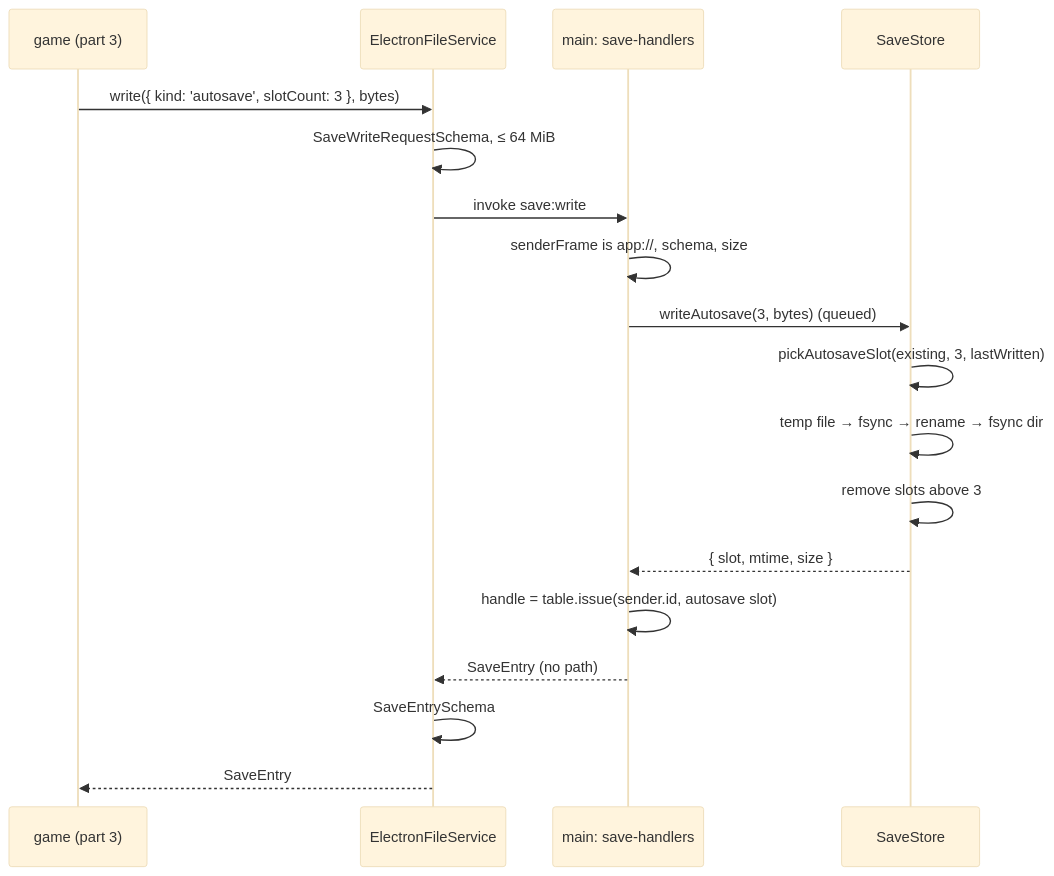
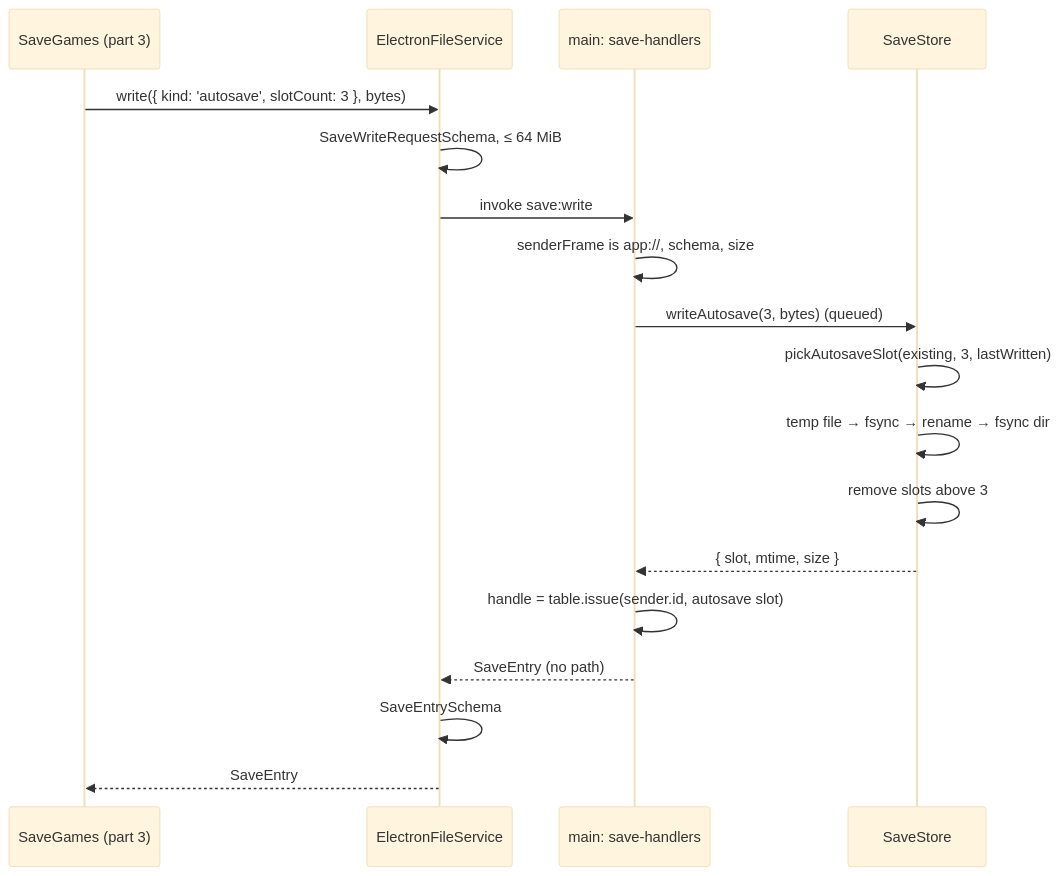
The eighth of 9 diagrams in docs/architecture/world-and-saves.md (joebarbere/controls), drawn with Mermaid (base theme) before and after one commit. The commit also changed other lines of this file and 56 other files, not shown here.

First line of the commit message:
feat(saves): F1.8b part 3, save and load through the session, autosave, Continue and Load (#24)

````diff
--- a/docs/architecture/world-and-saves.md
+++ b/docs/architecture/world-and-saves.md
@@ -253,20 +253,20 @@
 ```mermaid
 sequenceDiagram
-    participant G as game (part 3)
+    participant G as SaveGames (part 3)
     participant PE as ElectronFileService
     participant MAIN as main: save-handlers
     participant ST as SaveStore
     G->>PE: write({ kind: 'autosave', slotCount: 3 }, bytes)
     PE->>PE: SaveWriteRequestSchema, ≤ 64 MiB
     PE->>MAIN: invoke save:write
     MAIN->>MAIN: senderFrame is app://, schema, size
     MAIN->>ST: writeAutosave(3, bytes) (queued)
     ST->>ST: pickAutosaveSlot(existing, 3, lastWritten)
     ST->>ST: temp file → fsync → rename → fsync dir
     ST->>ST: remove slots above 3
     ST-->>MAIN: { slot, mtime, size }
     MAIN->>MAIN: handle = table.issue(sender.id, autosave slot)
     MAIN-->>PE: SaveEntry (no path)
     PE->>PE: SaveEntrySchema
     PE-->>G: SaveEntry
 ```
````
